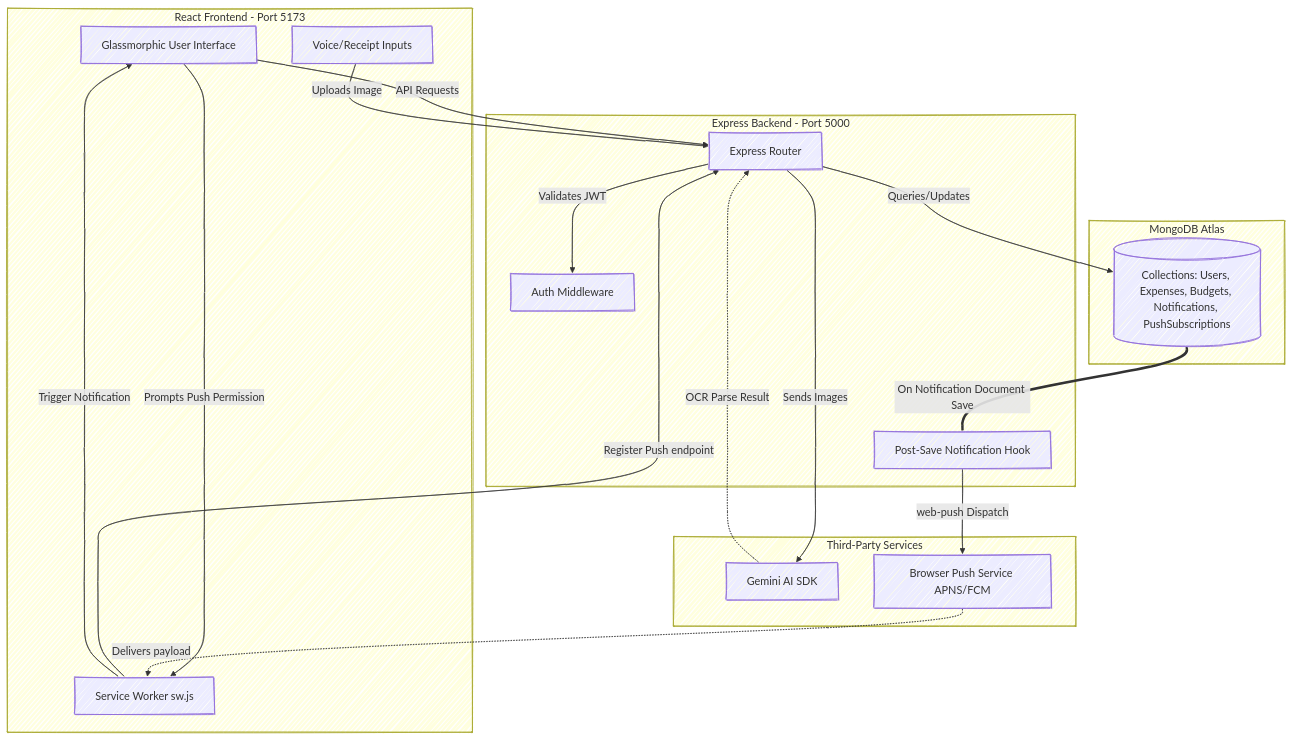
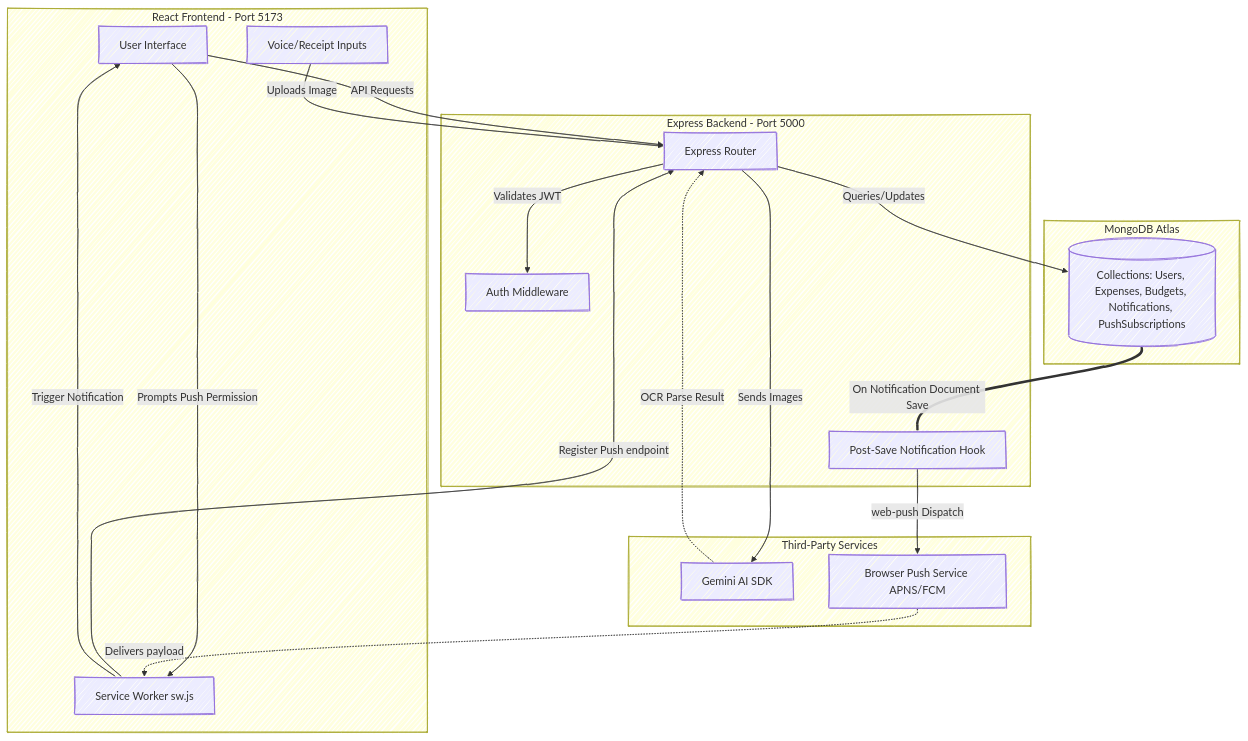
Before and after one commit to Maruthi14-gif/FinTrack-AI: the diagram in README.md, drawn with Mermaid. The commit also changed other lines of this file, not shown here.

First line of the commit message:
Expand README: full feature catalog, How It Works flows, and How I Built It

````diff
--- a/README.md
+++ b/README.md
@@ -83,42 +73,39 @@
 ```mermaid
 %%{init: {'theme': 'default', 'look': 'handDrawn'}}%%
 graph TD
     subgraph Client [React Frontend - Port 5173]
-        UI[Glassmorphic User Interface]
+        UI[User Interface]
         SW[Service Worker sw.js]
         V_Input[Voice/Receipt Inputs]
     end
 
     subgraph Server [Express Backend - Port 5000]
         API[Express Router]
         Auth[Auth Middleware]
         M_Hook[Post-Save Notification Hook]
     end
 
     subgraph External [Third-Party Services]
         Gemini[Gemini AI SDK]
         PushService[Browser Push Service APNS/FCM]
     end
 
     subgraph Database [MongoDB Atlas]
         DB[(Collections: Users, Expenses, Budgets, Notifications, PushSubscriptions)]
     end
 
-    %% User interactions
     UI -->|API Requests| API
     UI -->|Prompts Push Permission| SW
     SW -->|Register Push endpoint| API
     V_Input -->|Uploads Image| API
 
-    %% Backend processing
     API -->|Validates JWT| Auth
     API -->|Queries/Updates| DB
     API -->|Sends Images| Gemini
     Gemini -.->|OCR Parse Result| API
 
-    %% Push System hook
     DB ===|On Notification Document Save| M_Hook
     M_Hook -->|web-push Dispatch| PushService
     PushService -.->|Delivers payload| SW
     SW -->|Trigger Notification| UI
 ```
````
